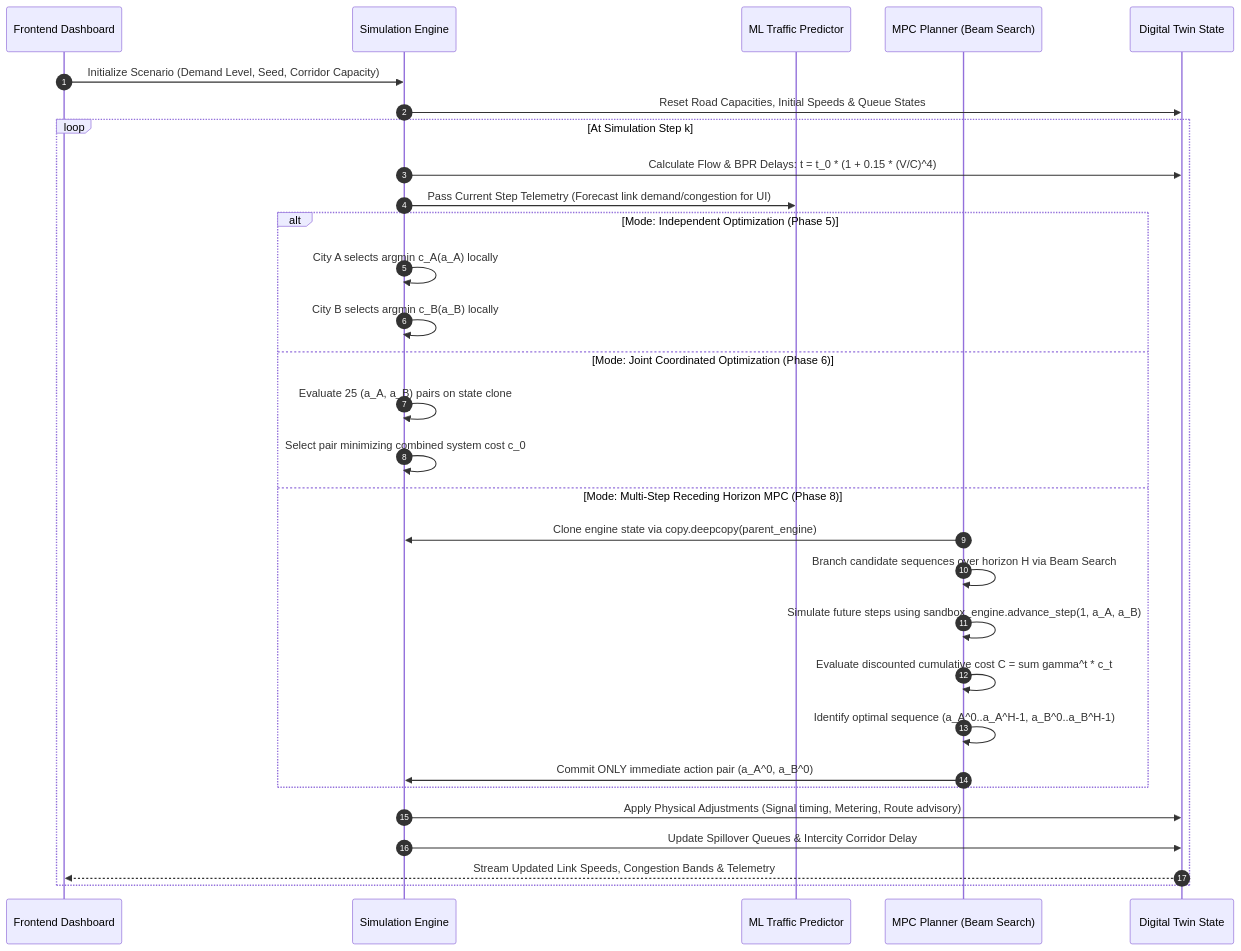
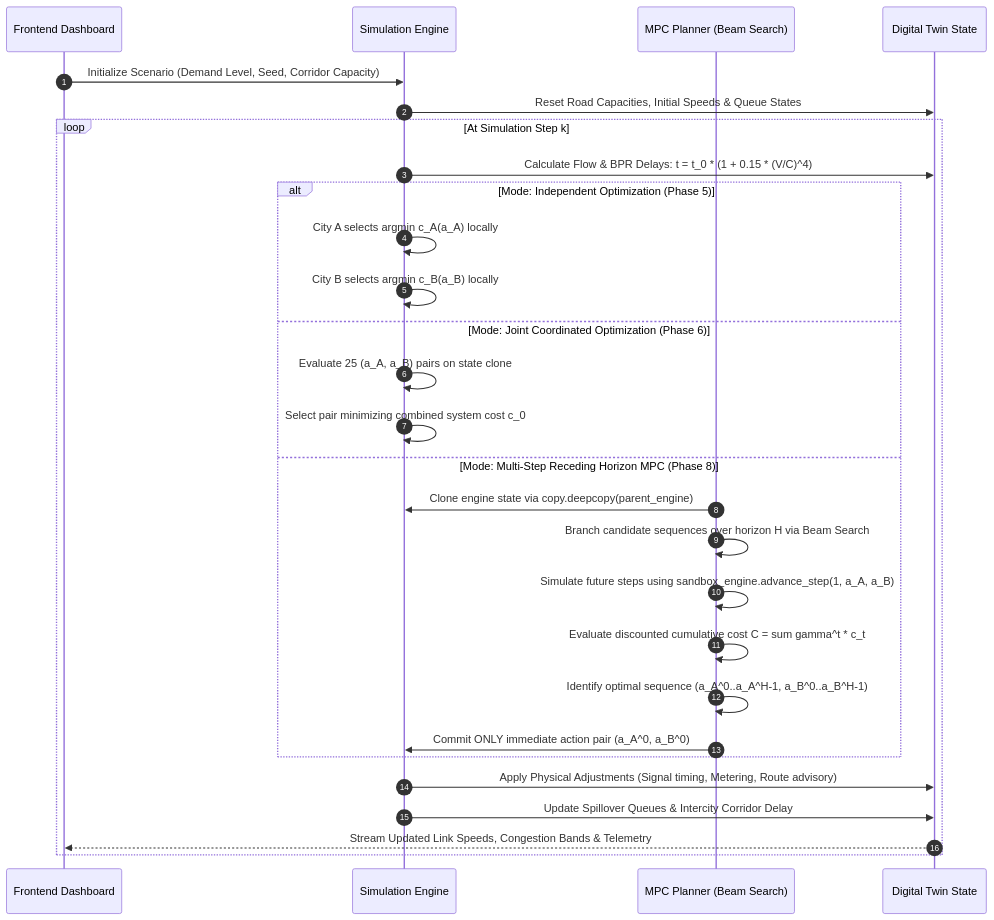
One commit to Manoj182191/Ai-Driven-Twin-Cities-optimizition- changed the second of 4 diagrams in docs/ARCHITECTURE_AND_WORKFLOWS.md. Above: the diagram before and after it, drawn with Mermaid. The commit also changed other lines of this file and 19 other files, not shown here.

````diff
--- a/docs/ARCHITECTURE_AND_WORKFLOWS.md
+++ b/docs/ARCHITECTURE_AND_WORKFLOWS.md
@@ -94,36 +94,33 @@
 ```mermaid
 sequenceDiagram
     autonumber
     participant Client as Frontend Dashboard
     participant Engine as Simulation Engine
-    participant ML as ML Traffic Predictor
     participant MPC as MPC Planner (Beam Search)
     participant Twin as Digital Twin State
 
     Client->>Engine: Initialize Scenario (Demand Level, Seed, Corridor Capacity)
     Engine->>Twin: Reset Road Capacities, Initial Speeds & Queue States
     
     loop At Simulation Step k
         Engine->>Twin: Calculate Flow & BPR Delays: t = t_0 * (1 + 0.15 * (V/C)^4)
-        Engine->>ML: Pass Current Step Telemetry (Forecast link demand/congestion for UI)
-        
         alt Mode: Independent Optimization (Phase 5)
             Engine->>Engine: City A selects argmin c_A(a_A) locally
             Engine->>Engine: City B selects argmin c_B(a_B) locally
         else Mode: Joint Coordinated Optimization (Phase 6)
             Engine->>Engine: Evaluate 25 (a_A, a_B) pairs on state clone
             Engine->>Engine: Select pair minimizing combined system cost c_0
         else Mode: Multi-Step Receding Horizon MPC (Phase 8)
             MPC->>Engine: Clone engine state via copy.deepcopy(parent_engine)
             MPC->>MPC: Branch candidate sequences over horizon H via Beam Search
             MPC->>MPC: Simulate future steps using sandbox_engine.advance_step(1, a_A, a_B)
             MPC->>MPC: Evaluate discounted cumulative cost C = sum gamma^t * c_t
             MPC->>MPC: Identify optimal sequence (a_A^0..a_A^H-1, a_B^0..a_B^H-1)
             MPC->>Engine: Commit ONLY immediate action pair (a_A^0, a_B^0)
         end
         
         Engine->>Twin: Apply Physical Adjustments (Signal timing, Metering, Route advisory)
         Engine->>Twin: Update Spillover Queues & Intercity Corridor Delay
         Twin-->>Client: Stream Updated Link Speeds, Congestion Bands & Telemetry
     end
 ```
````
